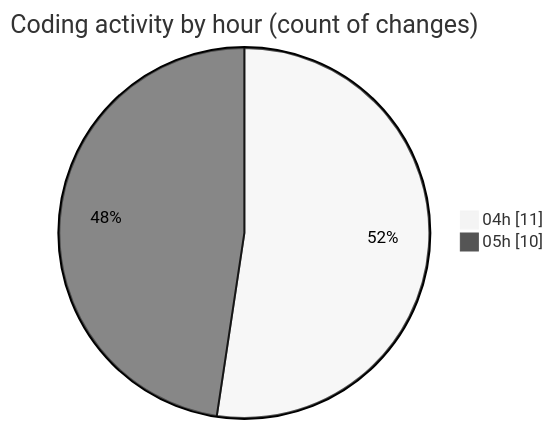
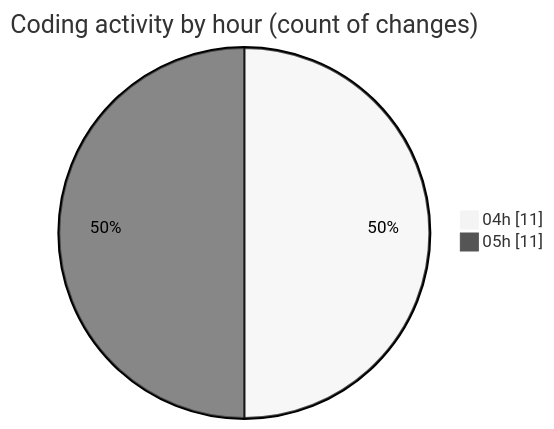
Before and after one commit to idhammustaqopulfikri/code-tracking: the second of 2 diagrams in 2025-03-27/autodidak/README.md, drawn with Mermaid (neutral theme). The commit also changed other lines of this file and 1 other file, not shown here.

````diff
--- a/2025-03-27/autodidak/README.md
+++ b/2025-03-27/autodidak/README.md
@@ -32,6 +32,6 @@
 ```mermaid
 pie showData
 title Coding activity by hour (count of changes)
 "04h" : 11
-"05h" : 10
+"05h" : 11
 ```
````
